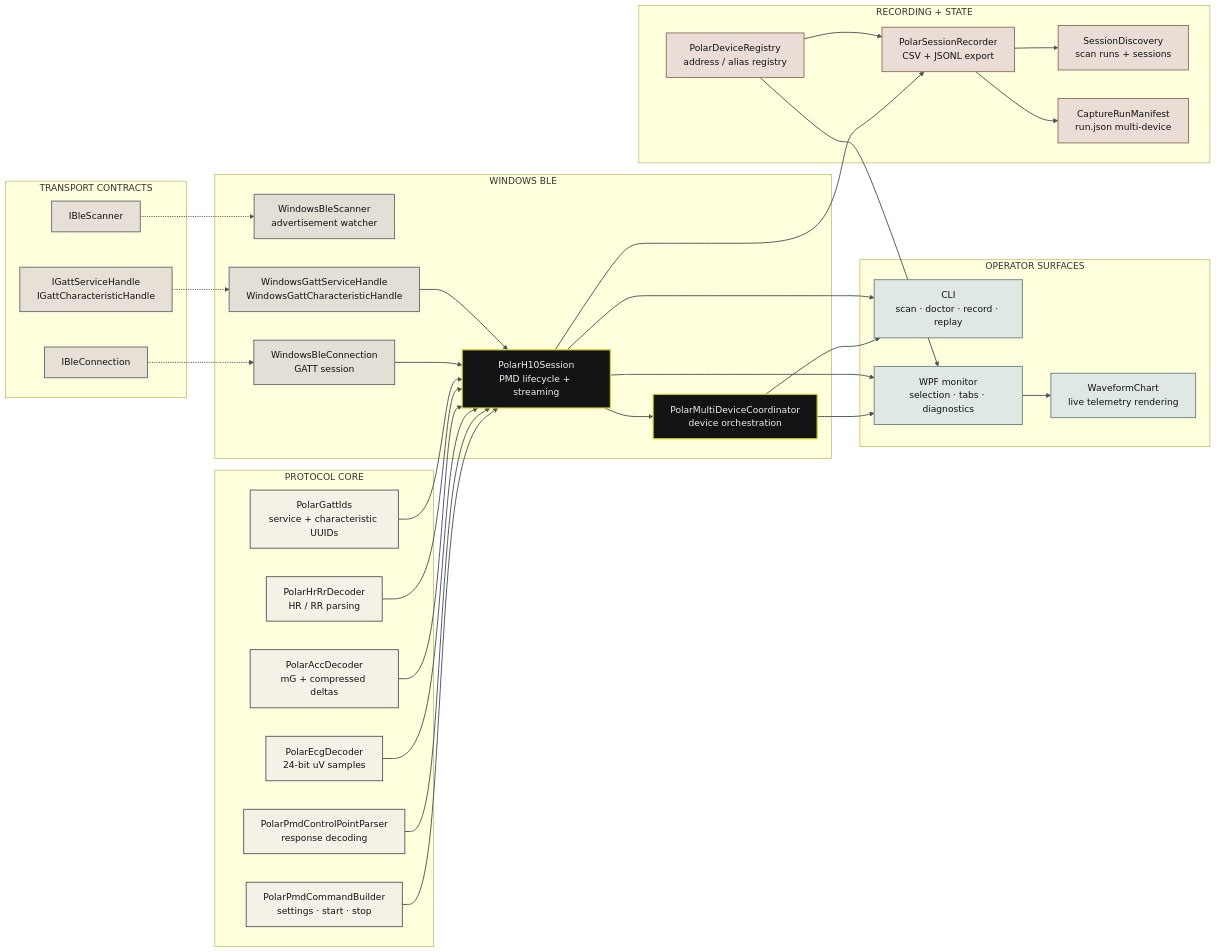
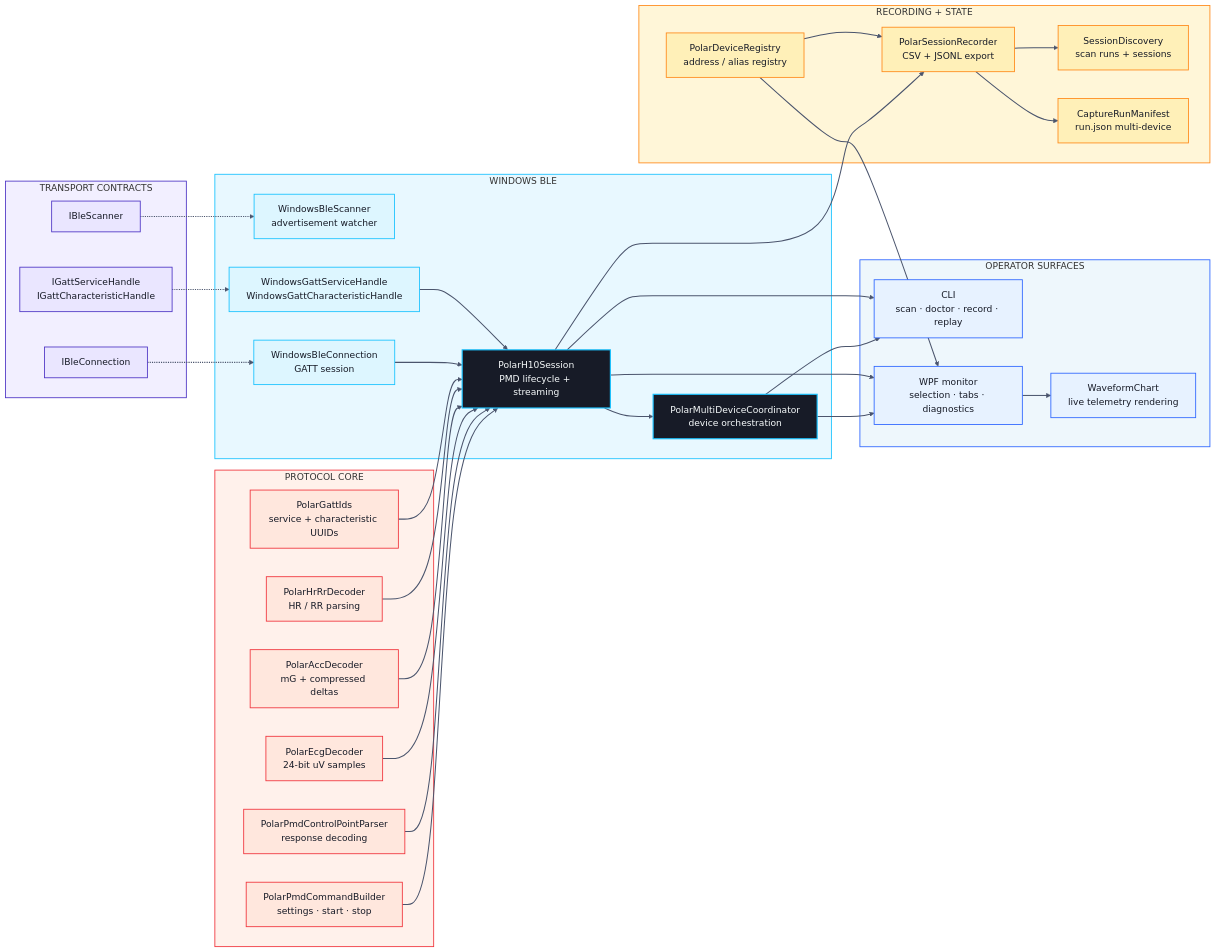
One commit to MesmerPrism/PolarH10 changed the second of 3 diagrams in README.md. Above: the diagram before and after it, drawn with Mermaid. The commit also changed other lines of this file and 15 other files, not shown here.

Commit message:
Reframe site around app and intensify diagram palette

````diff
--- a/README.md
+++ b/README.md
@@ -92,75 +98,81 @@
 ```mermaid
 flowchart LR
     subgraph Protocol["PROTOCOL CORE"]
         EC["PolarEcgDecoder<br/>24-bit uV samples"]
         AC["PolarAccDecoder<br/>mG + compressed deltas"]
         HR["PolarHrRrDecoder<br/>HR / RR parsing"]
         PMD["PolarPmdCommandBuilder<br/>settings · start · stop"]
         CP["PolarPmdControlPointParser<br/>response decoding"]
         GID["PolarGattIds<br/>service + characteristic UUIDs"]
     end
 
     subgraph Transport["TRANSPORT CONTRACTS"]
         IS["IBleScanner"]
         IC["IBleConnection"]
         IG["IGattServiceHandle<br/>IGattCharacteristicHandle"]
     end
 
     subgraph Windows["WINDOWS BLE"]
         WS["WindowsBleScanner<br/>advertisement watcher"]
         WC["WindowsBleConnection<br/>GATT session"]
         WG["WindowsGattServiceHandle<br/>WindowsGattCharacteristicHandle"]
         SE["PolarH10Session<br/>PMD lifecycle + streaming"]
         CO["PolarMultiDeviceCoordinator<br/>device orchestration"]
     end
 
     subgraph Recording["RECORDING + STATE"]
         RE["PolarSessionRecorder<br/>CSV + JSONL export"]
         SD["SessionDiscovery<br/>scan runs + sessions"]
         MA["CaptureRunManifest<br/>run.json multi-device"]
         DR["PolarDeviceRegistry<br/>address / alias registry"]
     end
 
     subgraph Surfaces["OPERATOR SURFACES"]
         C1["CLI<br/>scan · doctor · record · replay"]
         G1["WPF monitor<br/>selection · tabs · diagnostics"]
         G2["WaveformChart<br/>live telemetry rendering"]
     end
 
     PMD --> SE
     CP --> SE
     EC --> SE
     AC --> SE
     HR --> SE
     GID --> SE
     IS -.-> WS
     IC -.-> WC
     IG -.-> WG
     WC --> SE
     WG --> SE
     SE --> CO
     SE --> RE
     RE --> SD
     RE --> MA
     DR --> RE
     DR --> G1
     CO --> C1
     CO --> G1
     SE --> C1
     SE --> G1
     G1 --> G2
 
-    classDef core fill:#F6F1E7,stroke:#4B4F52,color:#111315,stroke-width:1.5px;
-    classDef contracts fill:#E7E0D6,stroke:#5B6266,color:#111315,stroke-width:1.5px;
-    classDef windows fill:#E3DED6,stroke:#5B6266,color:#111315,stroke-width:1.5px;
-    classDef active fill:#111315,stroke:#D8D61A,color:#F1EEE6,stroke-width:2px;
-    classDef record fill:#EADDD5,stroke:#8B6656,color:#111315,stroke-width:1.5px;
-    classDef surface fill:#E0E8E4,stroke:#607C78,color:#111315,stroke-width:1.5px;
+    style Protocol fill:#FFF1EB,stroke:#F0343C,stroke-width:1.5px;
+    style Transport fill:#F2EFFF,stroke:#4E35C5,stroke-width:1.5px;
+    style Windows fill:#E8F8FF,stroke:#18C2FF,stroke-width:1.5px;
+    style Recording fill:#FFF6D8,stroke:#FF8A1A,stroke-width:1.5px;
+    style Surfaces fill:#EEF7FC,stroke:#2E66FF,stroke-width:1.5px;
+
+    classDef core fill:#FFE7DD,stroke:#F0343C,color:#171B27,stroke-width:1.5px;
+    classDef contracts fill:#EAE6FF,stroke:#4E35C5,color:#171B27,stroke-width:1.5px;
+    classDef windows fill:#DDF6FF,stroke:#18C2FF,color:#171B27,stroke-width:1.5px;
+    classDef active fill:#171B27,stroke:#18C2FF,color:#F7FBFC,stroke-width:2px;
+    classDef record fill:#FFF0B8,stroke:#FF8A1A,color:#171B27,stroke-width:1.5px;
+    classDef surface fill:#E7F2FF,stroke:#2E66FF,color:#171B27,stroke-width:1.5px;
     class EC,AC,HR,PMD,CP,GID core;
     class IS,IC,IG contracts;
     class WS,WC,WG windows;
     class SE,CO active;
     class RE,SD,MA,DR record;
     class C1,G1,G2 surface;
-    linkStyle default stroke:#4B4F52,stroke-width:1.6px;
+    linkStyle default stroke:#4B556D,stroke-width:1.8px;
 ```
````
